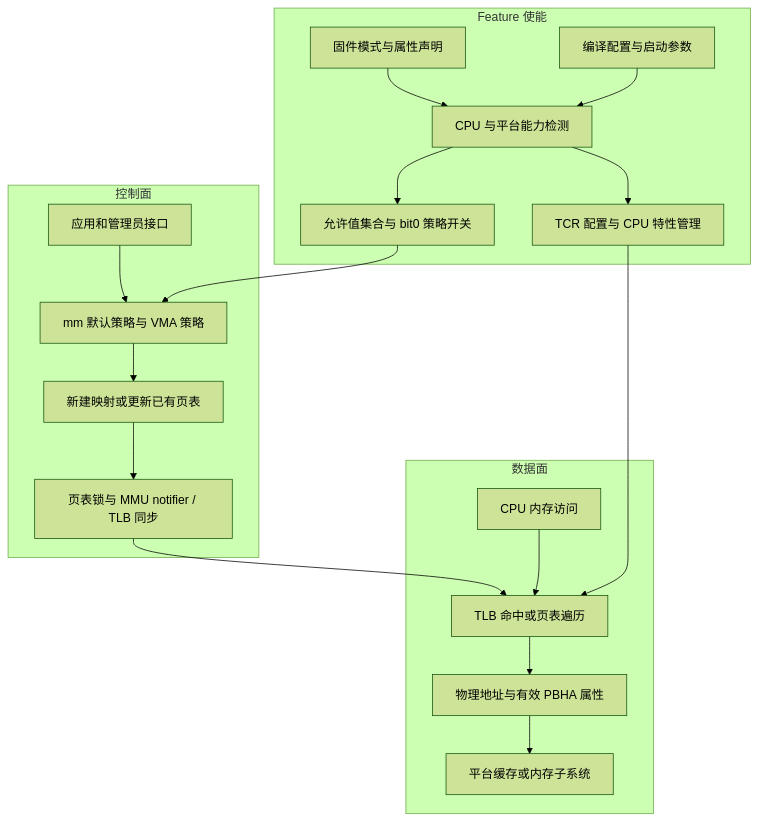
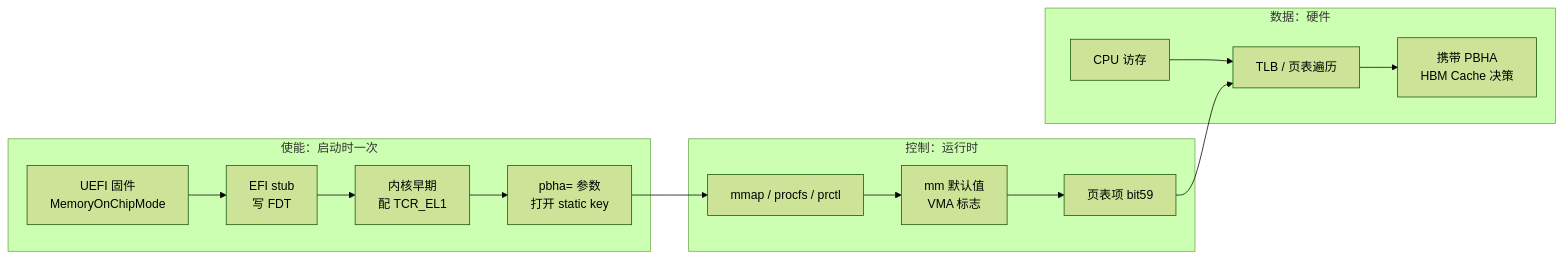
The first of 6 diagrams in PBHA特性设计说明书.md (xpzgg/llm-archive), drawn with Mermaid (forest theme) before and after one commit. The commit also changed other lines of this file, not shown here.

First line of the commit message:
docs: 重写 PBHA 设计说明书，按流程给出时序图与测试要点

````diff
--- a/PBHA特性设计说明书.md
+++ b/PBHA特性设计说明书.md
@@ -75,22 +45,18 @@
 ```mermaid
-flowchart TB
-    subgraph F[Feature 使能]
-        FW[固件模式与属性声明] --> DISC[CPU 与平台能力检测]
-        BOOT[编译配置与启动参数] --> DISC
-        DISC --> REG[TCR 配置与 CPU 特性管理]
-        DISC --> CAP[允许值集合与 bit0 策略开关]
+flowchart LR
+    subgraph E[使能：启动时一次]
+        FW[UEFI 固件<br/>MemoryOnChipMode] --> STUB[EFI stub<br/>写 FDT]
+        STUB --> EARLY[内核早期<br/>配 TCR_EL1]
+        EARLY --> KEY[pbha= 参数<br/>打开 static key]
     end
-    subgraph C[控制面]
-        API[应用和管理员接口] --> POLICY[mm 默认策略与 VMA 策略]
-        CAP --> POLICY
-        POLICY --> MAP[新建映射或更新已有页表]
-        MAP --> SYNC[页表锁与 MMU notifier / TLB 同步]
+    subgraph C[控制：运行时]
+        API[mmap / procfs / prctl] --> POL[mm 默认值<br/>VMA 标志]
+        POL --> PTE[页表项 bit59]
     end
-    subgraph D[数据面]
-        ACCESS[CPU 内存访问] --> TRANS[TLB 命中或页表遍历]
-        TRANS --> ATTR[物理地址与有效 PBHA 属性]
-        ATTR --> HW[平台缓存或内存子系统]
+    subgraph D[数据：硬件]
+        ACC[CPU 访存] --> TLB[TLB / 页表遍历]
+        TLB --> HBM[携带 PBHA<br/>HBM Cache 决策]
     end
-    REG --> TRANS
-    SYNC --> TRANS
+    KEY --> API
+    PTE --> TLB
 ```
````
